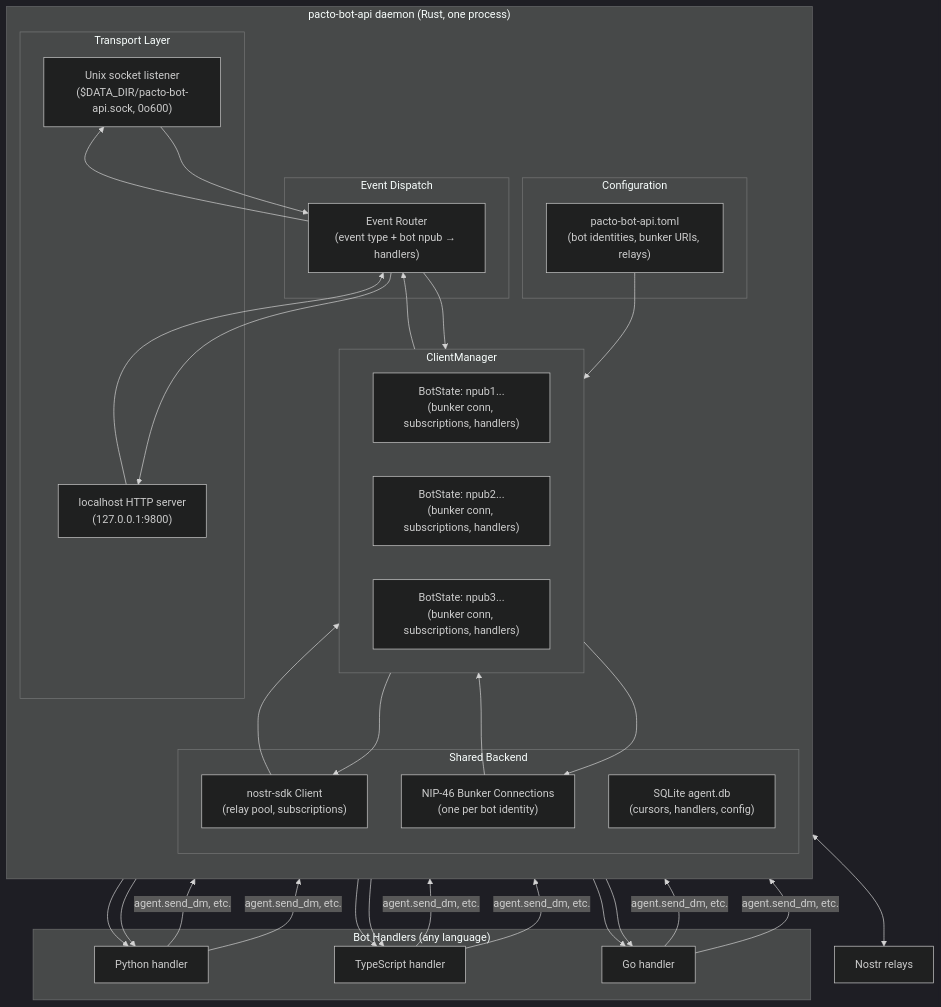
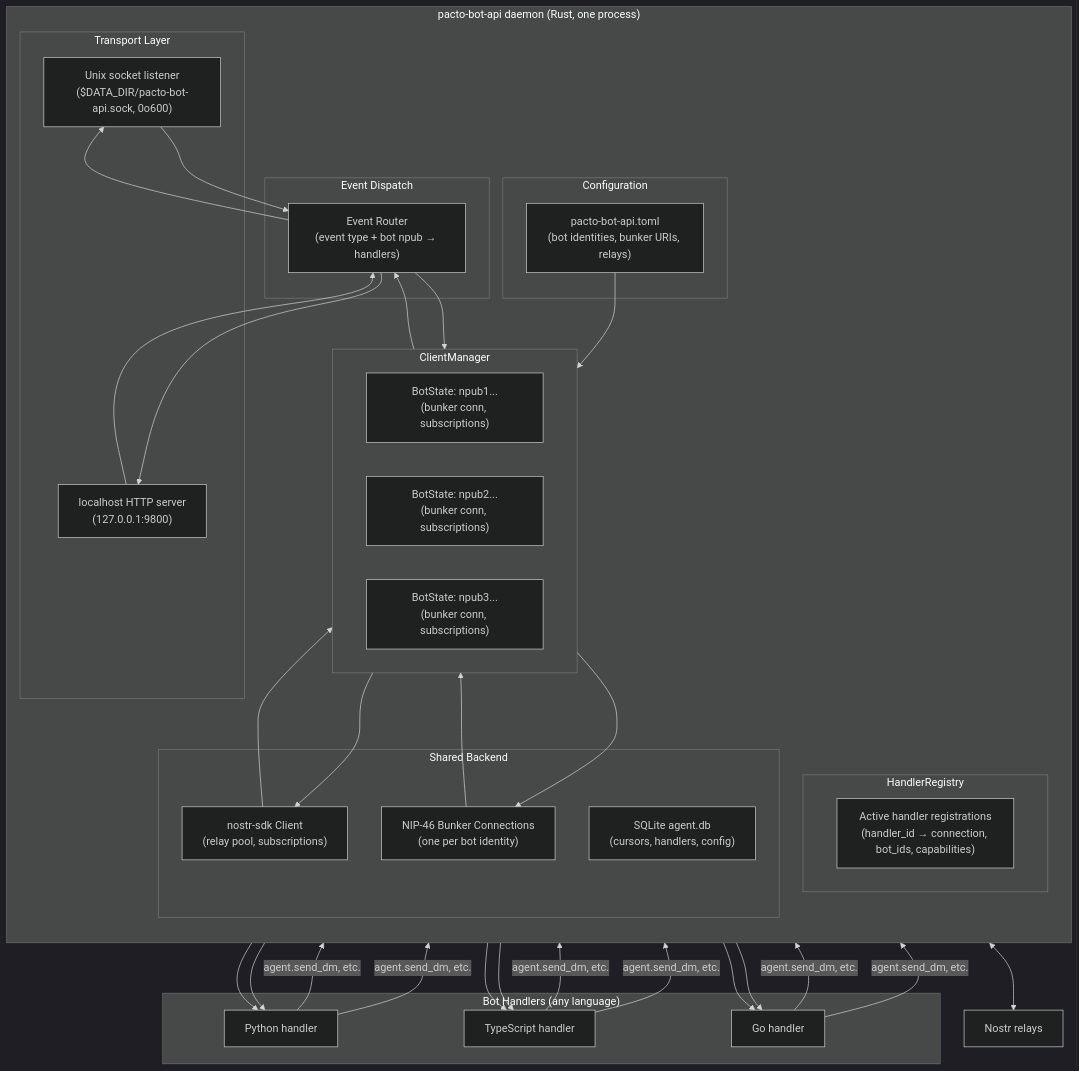
The first of 2 diagrams in docs/plans/2026-06-24-001-feat-pacto-bot-api-daemon-plan.md (covenant-gov/pacto-bot-api), drawn with Mermaid (dark theme) before and after one commit. The commit also changed other lines of this file, not shown here.

````diff
--- a/docs/plans/2026-06-24-001-feat-pacto-bot-api-daemon-plan.md
+++ b/docs/plans/2026-06-24-001-feat-pacto-bot-api-daemon-plan.md
@@ -93,51 +188,55 @@
 ```mermaid
 flowchart TB
     subgraph Daemon["pacto-bot-api daemon (Rust, one process)"]
         direction TB
 
         subgraph Config["Configuration"]
             CFG["pacto-bot-api.toml\n(bot identities, bunker URIs, relays)"]
         end
 
         subgraph Backend["Shared Backend"]
             NS["nostr-sdk Client\n(relay pool, subscriptions)"]
             BUNKER["NIP-46 Bunker Connections\n(one per bot identity)"]
             DB["SQLite agent.db\n(cursors, handlers, config)"]
         end
 
         subgraph CM["ClientManager"]
-            B1["BotState: npub1...\n(bunker conn, subscriptions, handlers)"]
-            B2["BotState: npub2...\n(bunker conn, subscriptions, handlers)"]
-            B3["BotState: npub3...\n(bunker conn, subscriptions, handlers)"]
+            B1["BotState: npub1...\n(bunker conn, subscriptions)"]
+            B2["BotState: npub2...\n(bunker conn, subscriptions)"]
+            B3["BotState: npub3...\n(bunker conn, subscriptions)"]
+        end
+
+        subgraph HR["HandlerRegistry"]
+            HREG["Active handler registrations\n(handler_id → connection, bot_ids, capabilities)"]
         end
 
         subgraph Dispatch["Event Dispatch"]
             ROUTER["Event Router\n(event type + bot npub → handlers)"]
         end
 
         subgraph Transport["Transport Layer"]
             US["Unix socket listener\n($DATA_DIR/pacto-bot-api.sock, 0o600)"]
             HTTP["localhost HTTP server\n(127.0.0.1:9800)"]
         end
     end
 
     subgraph Handlers["Bot Handlers (any language)"]
         H1["Python handler"]
         H2["TypeScript handler"]
         H3["Go handler"]
     end
 
     CFG --> CM
     NS --> CM
     BUNKER --> CM
     CM --> ROUTER
     ROUTER --> US & HTTP
     US & HTTP --> H1 & H2 & H3
     H1 & H2 & H3 -->|"agent.send_dm, etc."| US & HTTP
     US & HTTP --> ROUTER
     ROUTER --> CM
     CM --> NS
     CM --> BUNKER
 
     NS <--> R["Nostr relays"]
 ```
````
